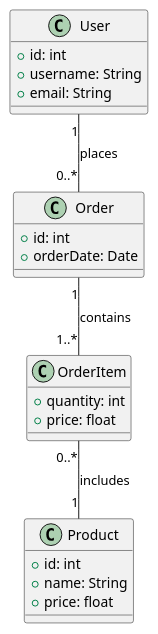
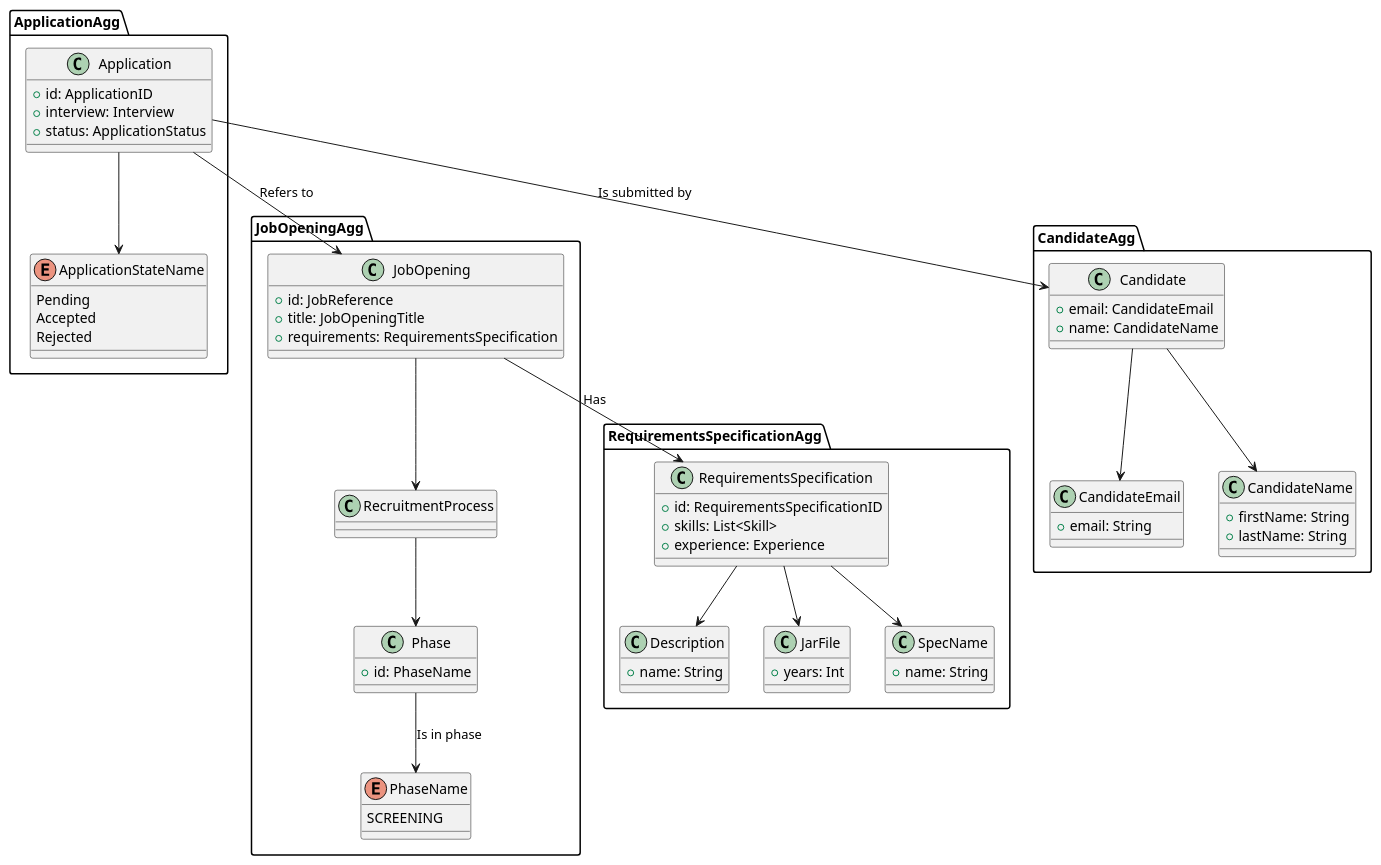
Before and after one commit to Mendoncaa/LAPR4: the diagram in docs/sprintC/US1015/02.analysis/puml/DM.puml, drawn with PlantUML. The commit also changed 1 other file, not shown here.

Commit message:
#41 First outline of the Domain Model excerpt, changes on SSD

```diff
--- a/docs/sprintC/US1015/02.analysis/puml/DM.puml
+++ b/docs/sprintC/US1015/02.analysis/puml/DM.puml
@@ -1,27 +1,93 @@
 @startuml DomainModel
-class User {
-    +id: int
-    +username: String
-    +email: String
+package JobOpeningAgg {
+
+    class JobOpening {
+        +id: JobReference
+        +title: JobOpeningTitle
+        +requirements: RequirementsSpecification
+    }
+
+    class Phase {
+        +id: PhaseName
+    }
+
+    enum PhaseName {
+        SCREENING
+    }
+
+    JobOpening --> RecruitmentProcess
+    RecruitmentProcess --> Phase
+    Phase --> PhaseName: "Is in phase"
 }
 
-class Product {
-    +id: int
-    +name: String
-    +price: float
+package ApplicationAgg {
+    class Application {
+        +id: ApplicationID
+        +interview: Interview
+        +status: ApplicationStatus
+    }
+
+
+    enum ApplicationStateName {
+        Pending
+        Accepted
+        Rejected
+    }
+
+
+    Application --> JobOpening : Refers to
+
+    Application --> ApplicationStateName
 }
 
-class Order {
-    +id: int
-    +orderDate: Date
+package RequirementsSpecificationAgg {
+
+    class RequirementsSpecification {
+        +id: RequirementsSpecificationID
+        +skills: List<Skill>
+        +experience: Experience
+    }
+
+    class Description {
+        +name: String
+    }
+
+    class JarFile {
+        +years: Int
+    }
+    class SpecName {
+        +name: String
+    }
+
+    JobOpening --> RequirementsSpecification : Has
+    RequirementsSpecification --> Description
+    RequirementsSpecification --> JarFile
+    RequirementsSpecification --> SpecName
+
 }
 
-class OrderItem {
-    +quantity: int
-    +price: float
+package CandidateAgg {
+    class Candidate {
+        +email: CandidateEmail
+        +name: CandidateName
+    }
+
+    class CandidateEmail {
+        +email: String
+    }
+
+    class CandidateName {
+        +firstName: String
+        +lastName: String
+    }
+
+    Application --> Candidate : Is submitted by
+    Candidate --> CandidateEmail
+    Candidate --> CandidateName
+
 }
 
-User "1" -- "0..*" Order : places
-Order "1" -- "1..*" OrderItem : contains
-OrderItem "0..*" -- "1" Product : includes
+
+
+
 @enduml
```
